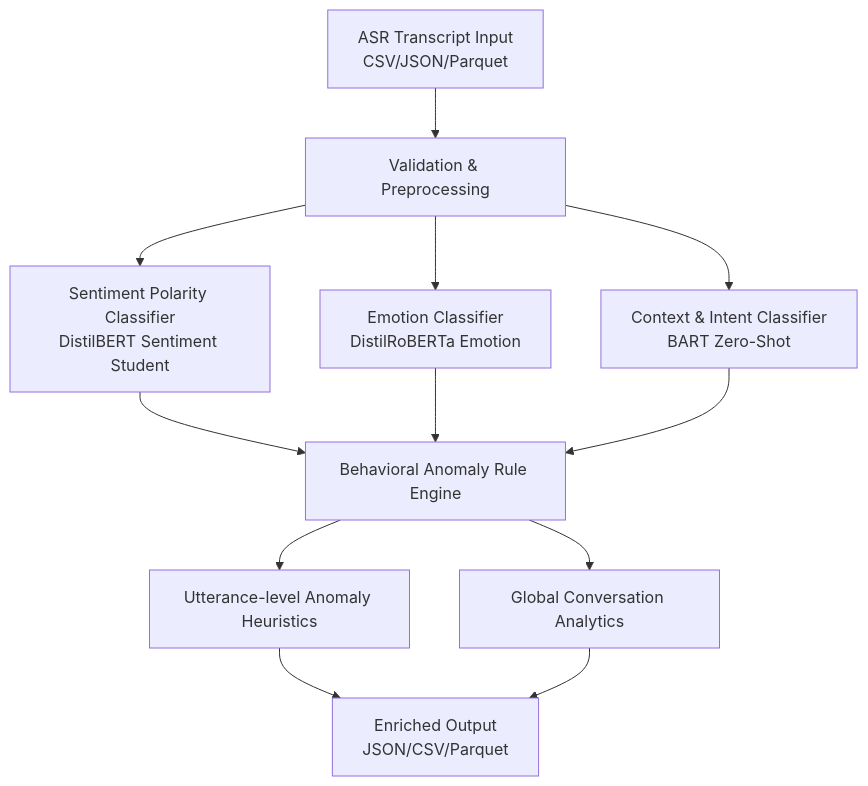
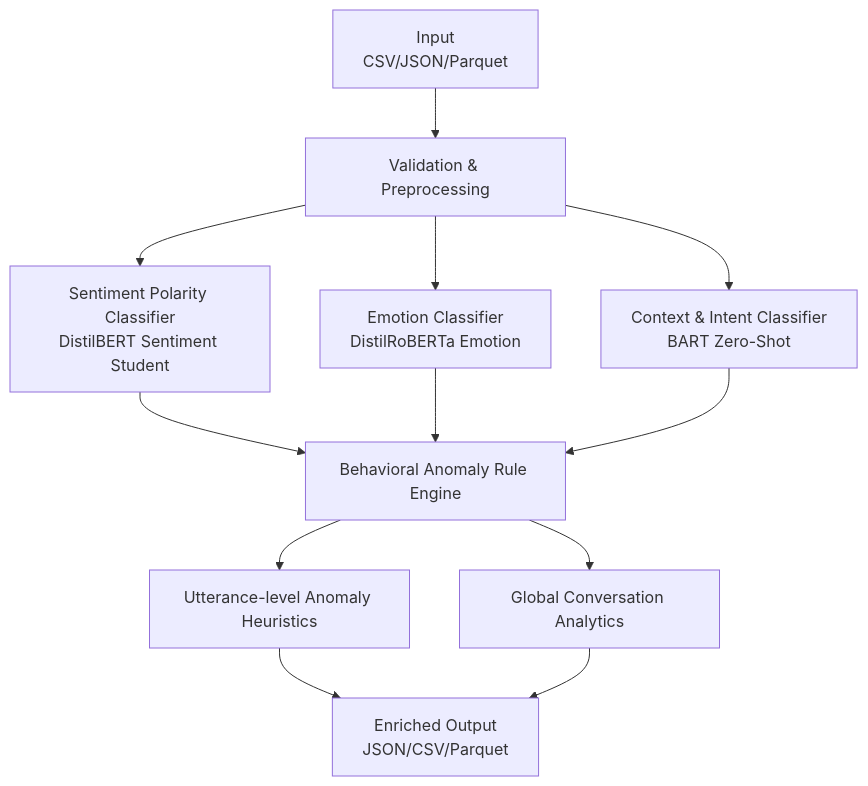
The diagram in README.md (HaniffKamal/NLP_Analysis), drawn with Mermaid before and after one commit.

````diff
--- a/README.md
+++ b/README.md
@@ -15,17 +15,17 @@
 ```mermaid
 graph TD
-    A[ASR Transcript Input<br>CSV/JSON/Parquet] --> B[Validation & Preprocessing]
+    A[Input<br>CSV/JSON/Parquet] --> B[Validation & Preprocessing]
     B --> C[Sentiment Polarity Classifier<br>DistilBERT Sentiment Student]
     B --> D[Emotion Classifier<br>DistilRoBERTa Emotion]
     B --> E[Context & Intent Classifier<br>BART Zero-Shot]
     
     C --> F[Behavioral Anomaly Rule Engine]
     D --> F
     E --> F
     
     F --> G[Utterance-level Anomaly Heuristics]
     F --> H[Global Conversation Analytics]
     
     G --> I[Enriched Output<br>JSON/CSV/Parquet]
     H --> I
 ```
````
